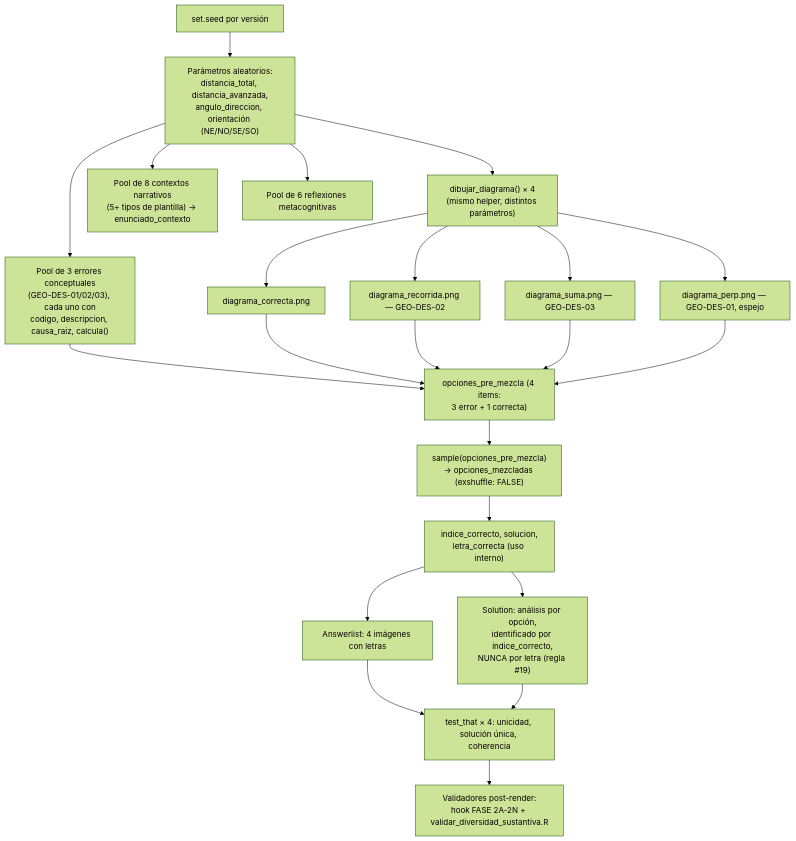
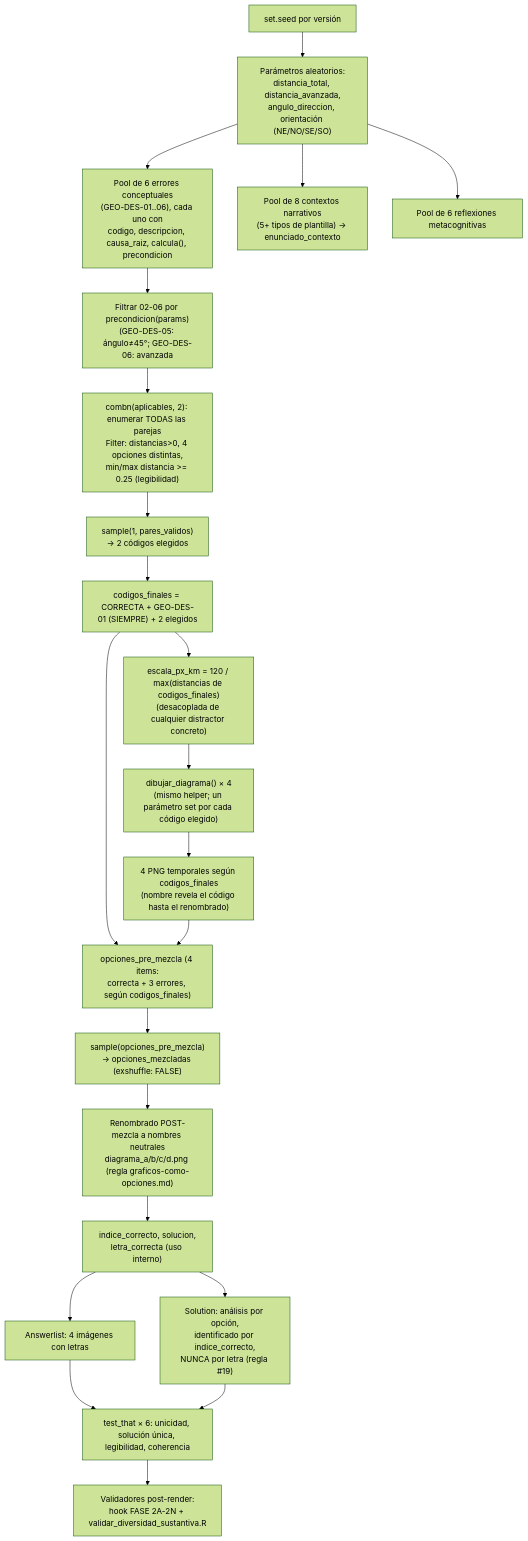
Before and after one commit to alvaretto/proyecto-r-exams-icfes-matematicas-optimizado: the diagram in A-Produccion/01-En-PreDesarrollo/desplazamiento-avion-aeropuerto/docs/BLUEPRINT.md, drawn with Mermaid (forest theme). The commit also changed other lines of this file and 4 other files, not shown here.

````diff
--- a/A-Produccion/01-En-PreDesarrollo/desplazamiento-avion-aeropuerto/docs/BLUEPRINT.md
+++ b/A-Produccion/01-En-PreDesarrollo/desplazamiento-avion-aeropuerto/docs/BLUEPRINT.md
@@ -9,24 +9,24 @@
 ```mermaid
 flowchart TD
     A[set.seed por versión] --> B["Parámetros aleatorios:<br/>distancia_total, distancia_avanzada,<br/>angulo_direccion, orientación (NE/NO/SE/SO)"]
-    B --> C["dibujar_diagrama() × 4<br/>(mismo helper, distintos parámetros)"]
-    C --> C1[diagrama_correcta.png]
-    C --> C2[diagrama_recorrida.png — GEO-DES-02]
-    C --> C3[diagrama_suma.png — GEO-DES-03]
-    C --> C4[diagrama_perp.png — GEO-DES-01, espejo]
-    B --> D["Pool de 3 errores conceptuales<br/>(GEO-DES-01/02/03), cada uno con<br/>codigo, descripcion, causa_raiz, calcula()"]
+    B --> D["Pool de 6 errores conceptuales<br/>(GEO-DES-01..06), cada uno con<br/>codigo, descripcion, causa_raiz, calcula(), precondicion"]
+    D --> D1["Filtrar 02-06 por precondicion(params)<br/>(GEO-DES-05: ángulo≠45°; GEO-DES-06: avanzada<total/2 y total≠3×avanzada)"]
+    D1 --> D2["combn(aplicables, 2): enumerar TODAS las parejas<br/>Filter: distancias>0, 4 opciones distintas,<br/>min/max distancia >= 0.25 (legibilidad)"]
+    D2 --> D3["sample(1, pares_validos)<br/>→ 2 códigos elegidos"]
+    D3 --> D4["codigos_finales = CORRECTA + GEO-DES-01 (SIEMPRE) + 2 elegidos"]
+    D4 --> E2["escala_px_km = 120 / max(distancias de codigos_finales)<br/>(desacoplada de cualquier distractor concreto)"]
+    E2 --> C["dibujar_diagrama() × 4<br/>(mismo helper; un parámetro set por cada código elegido)"]
+    C --> C1["4 PNG temporales según codigos_finales<br/>(nombre revela el código hasta el renombrado)"]
     B --> E["Pool de 8 contextos narrativos<br/>(5+ tipos de plantilla) → enunciado_contexto"]
     B --> F["Pool de 6 reflexiones metacognitivas"]
-    D --> G["opciones_pre_mezcla (4 items:<br/>3 error + 1 correcta)"]
+    D4 --> G["opciones_pre_mezcla (4 items:<br/>correcta + 3 errores, según codigos_finales)"]
     C1 --> G
-    C2 --> G
-    C3 --> G
-    C4 --> G
     G --> H["sample(opciones_pre_mezcla)<br/>→ opciones_mezcladas (exshuffle: FALSE)"]
-    H --> I["indice_correcto, solucion,<br/>letra_correcta (uso interno)"]
+    H --> H2["Renombrado POST-mezcla a nombres neutrales<br/>diagrama_a/b/c/d.png (regla graficos-como-opciones.md)"]
+    H2 --> I["indice_correcto, solucion,<br/>letra_correcta (uso interno)"]
     I --> J[Answerlist: 4 imágenes con letras]
     I --> K["Solution: análisis por opción,<br/>identificado por indice_correcto,<br/>NUNCA por letra (regla #19)"]
-    J --> L[test_that × 4: unicidad, solución única, coherencia]
+    J --> L[test_that × 6: unicidad, solución única, legibilidad, coherencia]
     K --> L
     L --> M["Validadores post-render:<br/>hook FASE 2A-2N + validar_diversidad_sustantiva.R"]
 ```
````
